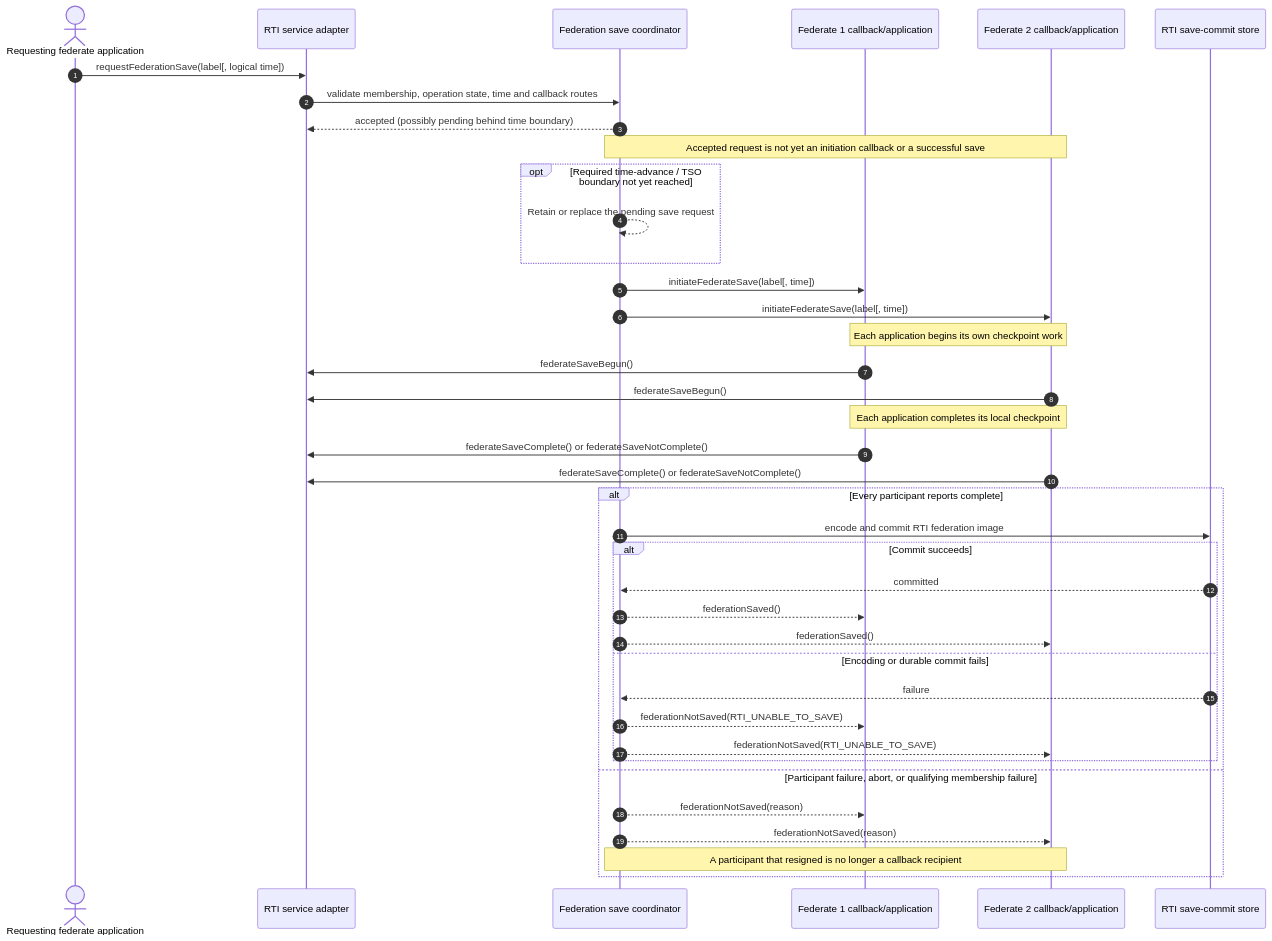
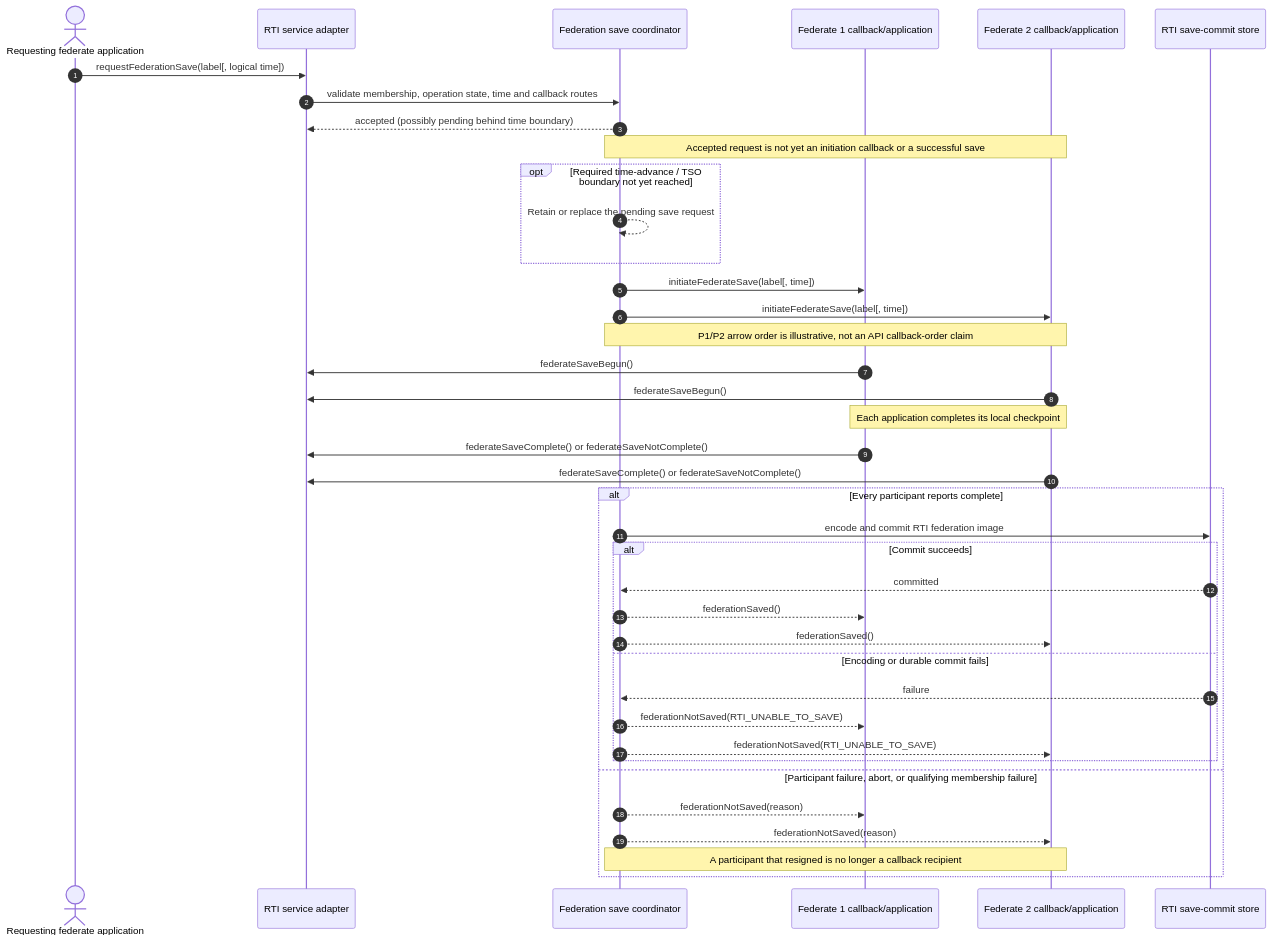
The sixth of 42 diagrams in docs/design/HLA-2025-FEDERATION-SAVE-RESTORE-FLOW-GUIDE.md (sheepfling/umbra), drawn with Mermaid before and after one commit. The commit also changed other lines of this file and 36 other files, not shown here.

````diff
--- a/docs/design/HLA-2025-FEDERATION-SAVE-RESTORE-FLOW-GUIDE.md
+++ b/docs/design/HLA-2025-FEDERATION-SAVE-RESTORE-FLOW-GUIDE.md
@@ -393,42 +488,42 @@
 ```mermaid
 sequenceDiagram
   autonumber
   actor App as Requesting federate application
   participant RTI as RTI service adapter
   participant Coord as Federation save coordinator
   participant P1 as Federate 1 callback/application
   participant P2 as Federate 2 callback/application
   participant Store as RTI save-commit store
 
   App->>RTI: requestFederationSave(label[, logical time])
   RTI->>Coord: validate membership, operation state, time and callback routes
   Coord-->>RTI: accepted (possibly pending behind time boundary)
   Note over Coord,P2: Accepted request is not yet an initiation callback or a successful save
   opt Required time-advance / TSO boundary not yet reached
     Coord-->>Coord: Retain or replace the pending save request
   end
   Coord->>P1: initiateFederateSave(label[, time])
   Coord->>P2: initiateFederateSave(label[, time])
-  Note over P1,P2: Each application begins its own checkpoint work
+  Note over Coord,P2: P1/P2 arrow order is illustrative, not an API callback-order claim
   P1->>RTI: federateSaveBegun()
   P2->>RTI: federateSaveBegun()
   Note over P1,P2: Each application completes its local checkpoint
   P1->>RTI: federateSaveComplete() or federateSaveNotComplete()
   P2->>RTI: federateSaveComplete() or federateSaveNotComplete()
   alt Every participant reports complete
     Coord->>Store: encode and commit RTI federation image
     alt Commit succeeds
       Store-->>Coord: committed
       Coord-->>P1: federationSaved()
       Coord-->>P2: federationSaved()
     else Encoding or durable commit fails
       Store-->>Coord: failure
       Coord-->>P1: federationNotSaved(RTI_UNABLE_TO_SAVE)
       Coord-->>P2: federationNotSaved(RTI_UNABLE_TO_SAVE)
     end
   else Participant failure, abort, or qualifying membership failure
     Coord-->>P1: federationNotSaved(reason)
     Coord-->>P2: federationNotSaved(reason)
     Note over Coord,P2: A participant that resigned is no longer a callback recipient
   end
 ```
````
